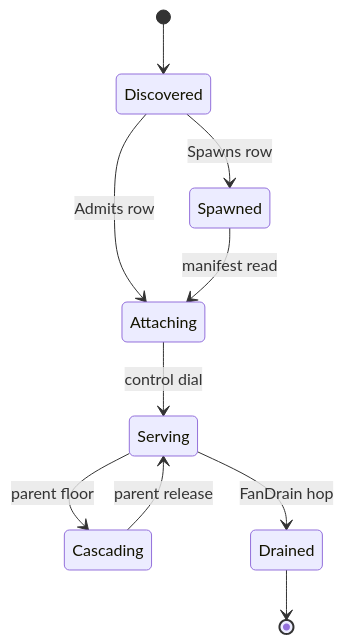
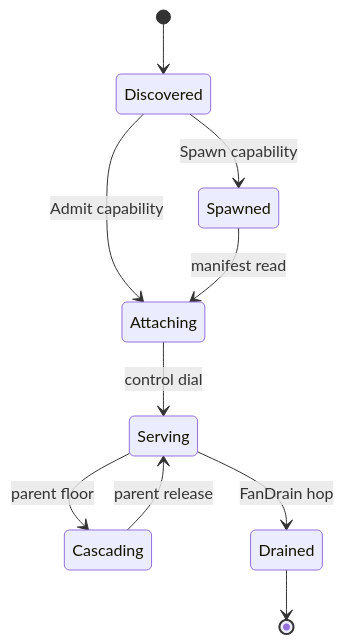
One commit to bsamiee/Rasm changed the first of 2 diagrams in libs/csharp/Rasm.AppHost/.planning/Wire/companion.md. Above: the diagram before and after it, drawn with Mermaid. The commit also changed other lines of this file and 818 other files, not shown here.

````diff
--- a/libs/csharp/Rasm.AppHost/.planning/Wire/companion.md
+++ b/libs/csharp/Rasm.AppHost/.planning/Wire/companion.md
@@ -192,14 +340,14 @@
 ```mermaid
 stateDiagram-v2
     accTitle: Companion process lifecycle
     accDescr: A discovered companion spawning or attaching directly, serving under a control dial, cascading down and back on parent floor pressure, and draining to termination through the fan hop.
     [*] --> Discovered
-    Discovered --> Spawned: Spawns row
-    Discovered --> Attaching: Admits row
+    Discovered --> Spawned: Spawn capability
+    Discovered --> Attaching: Admit capability
     Spawned --> Attaching: manifest read
     Attaching --> Serving: control dial
     Serving --> Cascading: parent floor
     Cascading --> Serving: parent release
     Serving --> Drained: FanDrain hop
     Drained --> [*]
 ```
````
